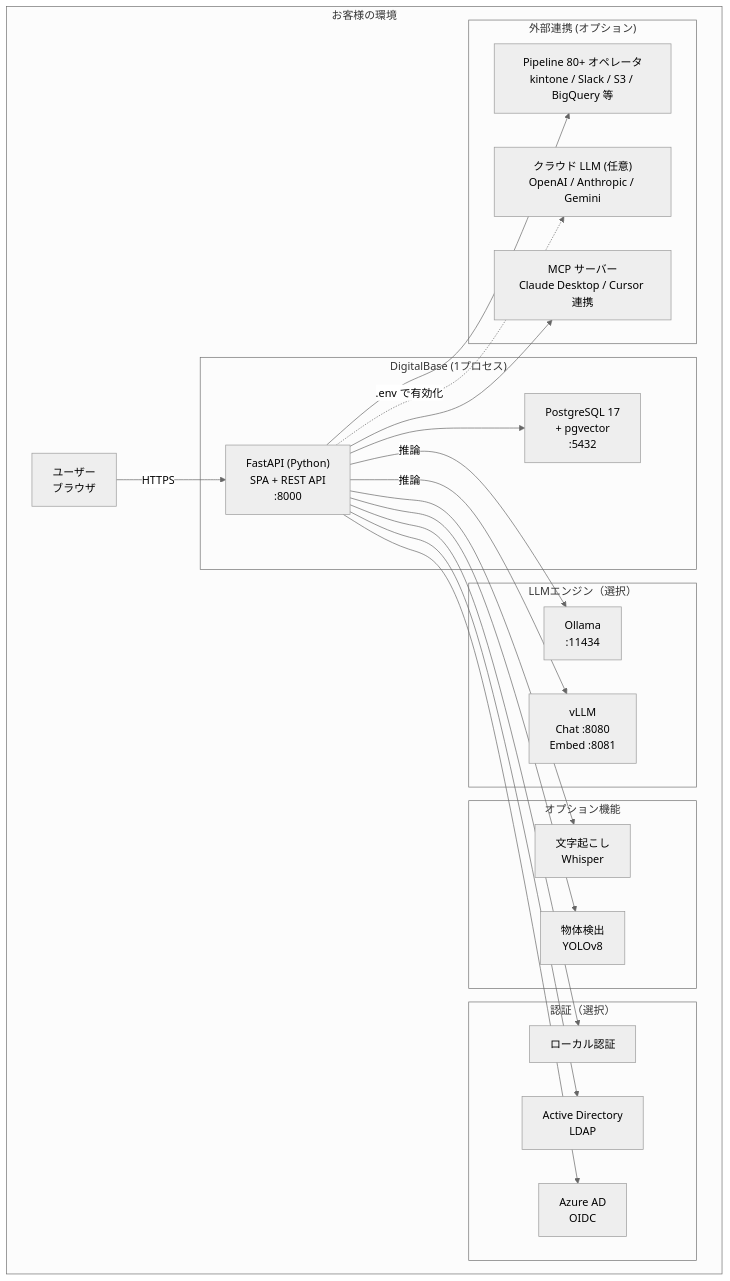
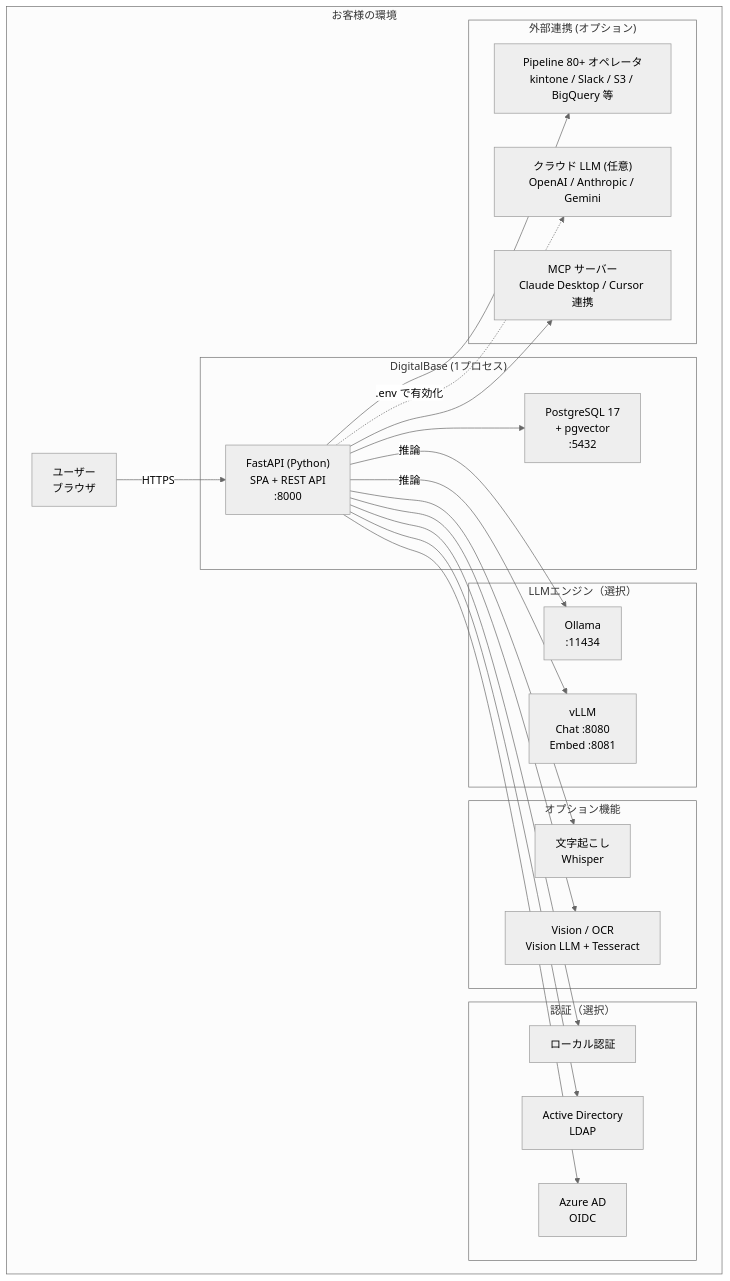
One commit to lmlight-app/dist_vite changed the first of 5 diagrams in docs/src/17_システム構成図.md. Above: the diagram before and after it, drawn with Mermaid (neutral theme). The commit also changed other lines of this file and 11 other files, not shown here.

First line of the commit message:
Add SQL Dashboard and Vision LLM docs

````diff
--- a/docs/src/17_システム構成図.md
+++ b/docs/src/17_システム構成図.md
@@ -13,46 +13,46 @@
 ```mermaid
 graph TB
     subgraph "お客様の環境"
         User["ユーザー<br/>ブラウザ"]
 
         subgraph "DigitalBase (1プロセス)"
             App["FastAPI (Python)<br/>SPA + REST API<br/>:8000"]
             DB["PostgreSQL 17<br/>+ pgvector<br/>:5432"]
         end
 
         subgraph "LLMエンジン（選択）"
             Ollama["Ollama<br/>:11434"]
             vLLM["vLLM<br/>Chat :8080<br/>Embed :8081"]
         end
 
         subgraph "オプション機能"
             Whisper["文字起こし<br/>Whisper"]
-            YOLO["物体検出<br/>YOLOv8"]
+            Vision["Vision / OCR<br/>Vision LLM + Tesseract"]
         end
 
         subgraph "認証（選択）"
             Local["ローカル認証"]
             AD["Active Directory<br/>LDAP"]
             Azure["Azure AD<br/>OIDC"]
         end
 
         subgraph "外部連携 (オプション)"
             Pipeline["Pipeline 80+ オペレータ<br/>kintone / Slack / S3 / BigQuery 等"]
             MCP["MCP サーバー<br/>Claude Desktop / Cursor 連携"]
             Cloud["クラウド LLM (任意)<br/>OpenAI / Anthropic / Gemini"]
         end
 
         User -->|HTTPS| App
         App --> DB
         App -->|推論| Ollama
         App -->|推論| vLLM
         App -.->|.env で有効化| Cloud
         App --> Whisper
-        App --> YOLO
+        App --> Vision
         App --> Local
         App --> AD
         App --> Azure
         App --> Pipeline
         App --> MCP
     end
 ```
````
